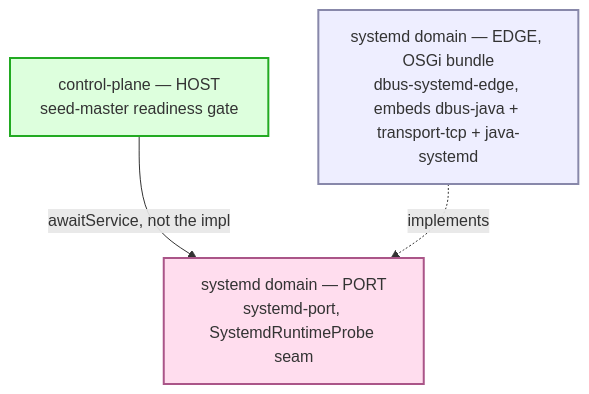
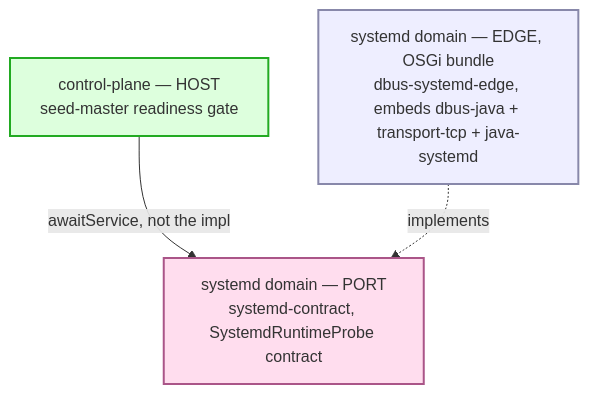
Before and after one commit to nxmatic/rke2lab: the fourth of 13 diagrams in docs/architecture/osgi/dbus-systemd-edge-spec.adoc, drawn with Mermaid. The commit also changed other lines of this file and 25 other files, not shown here.

```diff
--- a/docs/architecture/osgi/dbus-systemd-edge-spec.adoc
+++ b/docs/architecture/osgi/dbus-systemd-edge-spec.adoc
@@ -130,15 +130,15 @@
 [mermaid]
 ....
 flowchart TB
   host["control-plane — HOST<br/>seed-master readiness gate"]
-  sport["systemd domain — PORT<br/>systemd-port, SystemdRuntimeProbe seam"]
+  sport["systemd domain — PORT<br/>systemd-contract, SystemdRuntimeProbe contract"]
   edge["systemd domain — EDGE, OSGi bundle<br/>dbus-systemd-edge, embeds dbus-java + transport-tcp + java-systemd"]
   host -->|awaitService, not the impl| sport
   edge -.->|implements| sport
   classDef e fill:#eef,stroke:#88a,stroke-width:2px;
   classDef p fill:#fde,stroke:#a58,stroke-width:2px;
   classDef h fill:#dfd,stroke:#2a2,stroke-width:2px;
   class edge e;
   class sport p;
   class host h;
 ....
```
